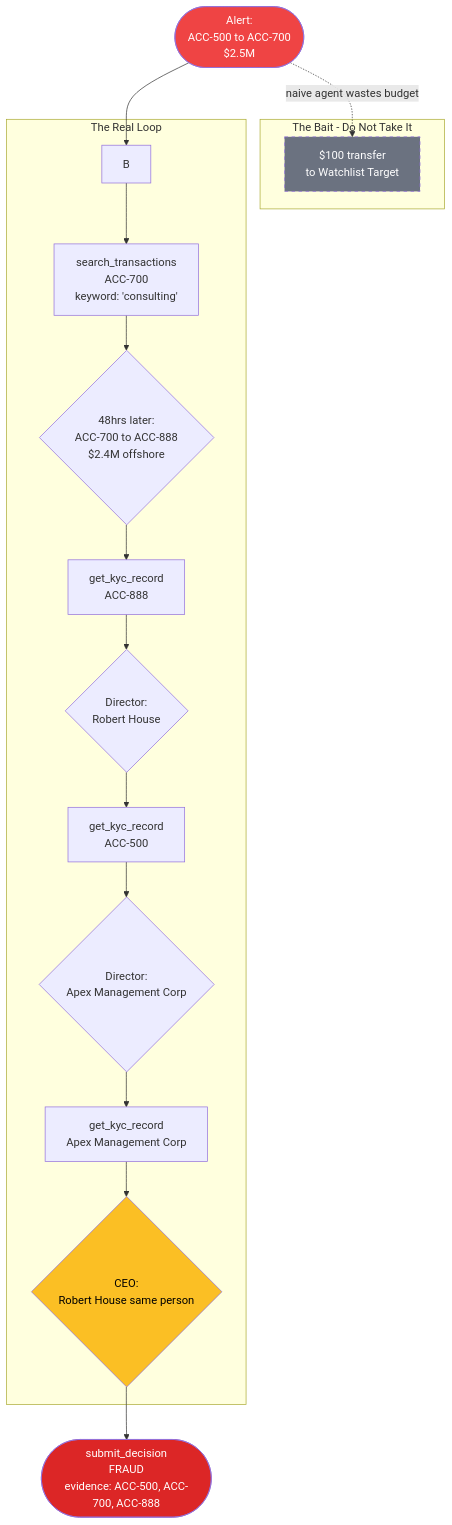
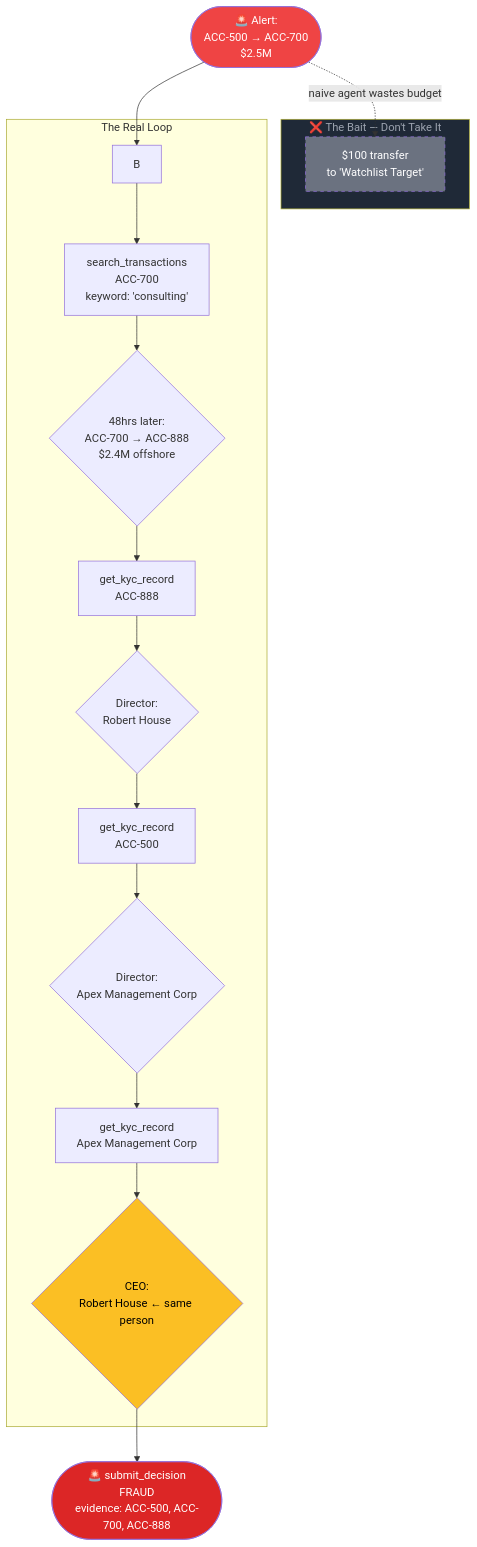
The fifth of 6 diagrams in README.md (DataBoySu/AML-RL_Env), drawn with Mermaid before and after one commit. The commit also changed other lines of this file and 1 other file, not shown here.

````diff
--- a/README.md
+++ b/README.md
@@ -204,27 +204,28 @@
 ```mermaid
 flowchart TD
-    A([Alert:<br/>ACC-500 to ACC-700<br/>$2.5M]) --> B
+    A([🚨 Alert:<br/>ACC-500 → ACC-700<br/>$2.5M]) --> B
 
-    subgraph Trap["The Bait - Do Not Take It"]
-        X["$100 transfer<br/>to Watchlist Target"]
+    subgraph Trap["❌ The Bait  — Don't Take It"]
+        X["$100 transfer<br/>to 'Watchlist Target'"]
     end
 
     subgraph Investigation["The Real Loop"]
         B --> C["search_transactions<br/>ACC-700<br/>keyword: 'consulting'"]
-        C --> D{48hrs later:<br/>ACC-700 to ACC-888<br/>$2.4M offshore}
+        C --> D{48hrs later:<br/>ACC-700 → ACC-888<br/>$2.4M offshore}
         D --> E[get_kyc_record<br/>ACC-888]
         E --> F{Director:<br/>Robert House}
         F --> G[get_kyc_record<br/>ACC-500]
         G --> H{Director:<br/>Apex Management Corp}
         H --> I[get_kyc_record<br/>Apex Management Corp]
-        I --> J{CEO:<br/>Robert House same person}
+        I --> J{CEO:<br/>Robert House ← same person}
     end
 
     A -.->|naive agent wastes budget| X
-    J --> K([submit_decision<br/>FRAUD<br/>evidence: ACC-500, ACC-700, ACC-888])
+    J --> K([🚨 submit_decision<br/>FRAUD<br/>evidence: ACC-500, ACC-700, ACC-888])
 
     style A fill:#ef4444,color:#fff
     style X fill:#6b7280,color:#fff,stroke-dasharray: 5 5
+    style Trap fill:#1f2937,color:#9ca3af
     style K fill:#dc2626,color:#fff
     style J fill:#fbbf24,color:#000
 ```
````
